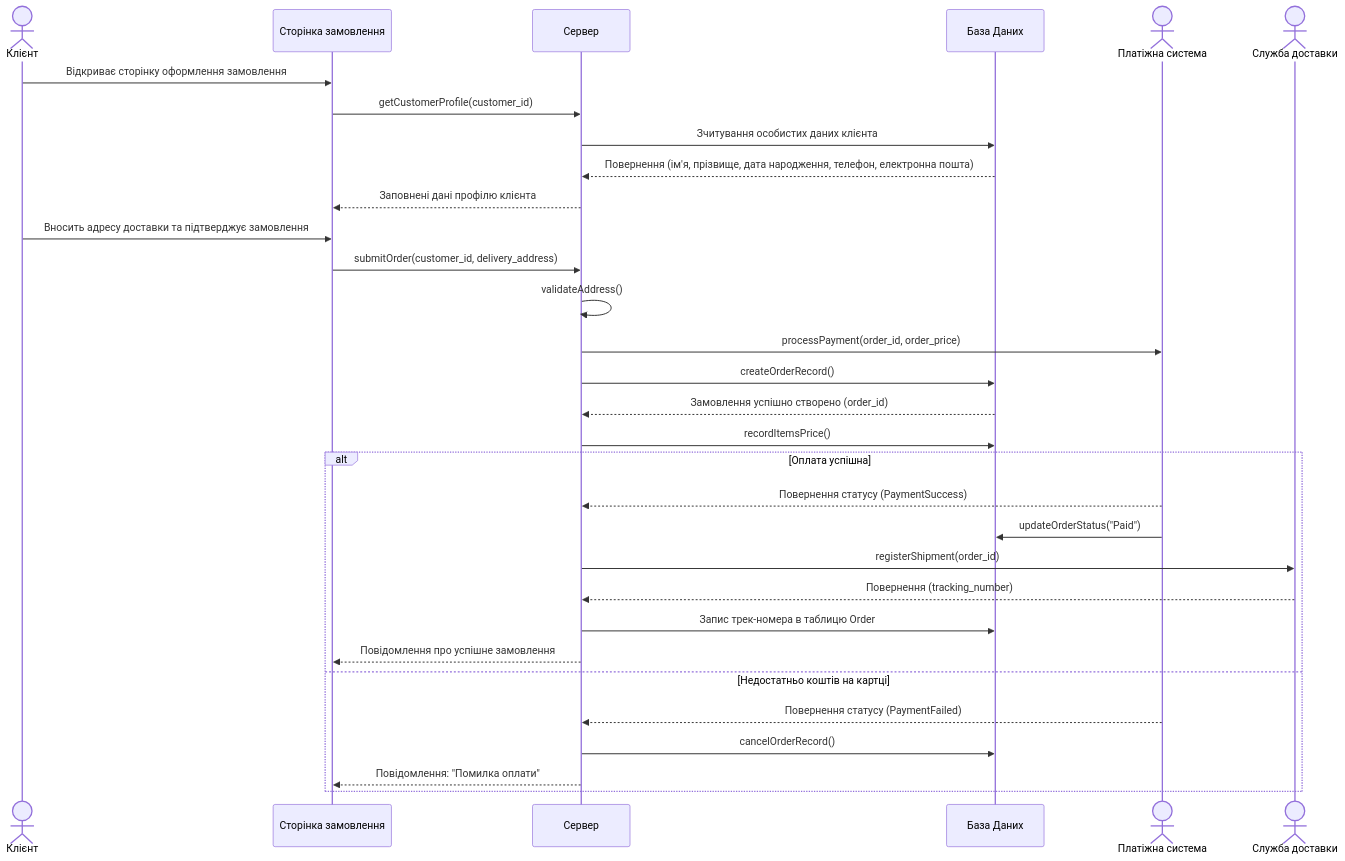
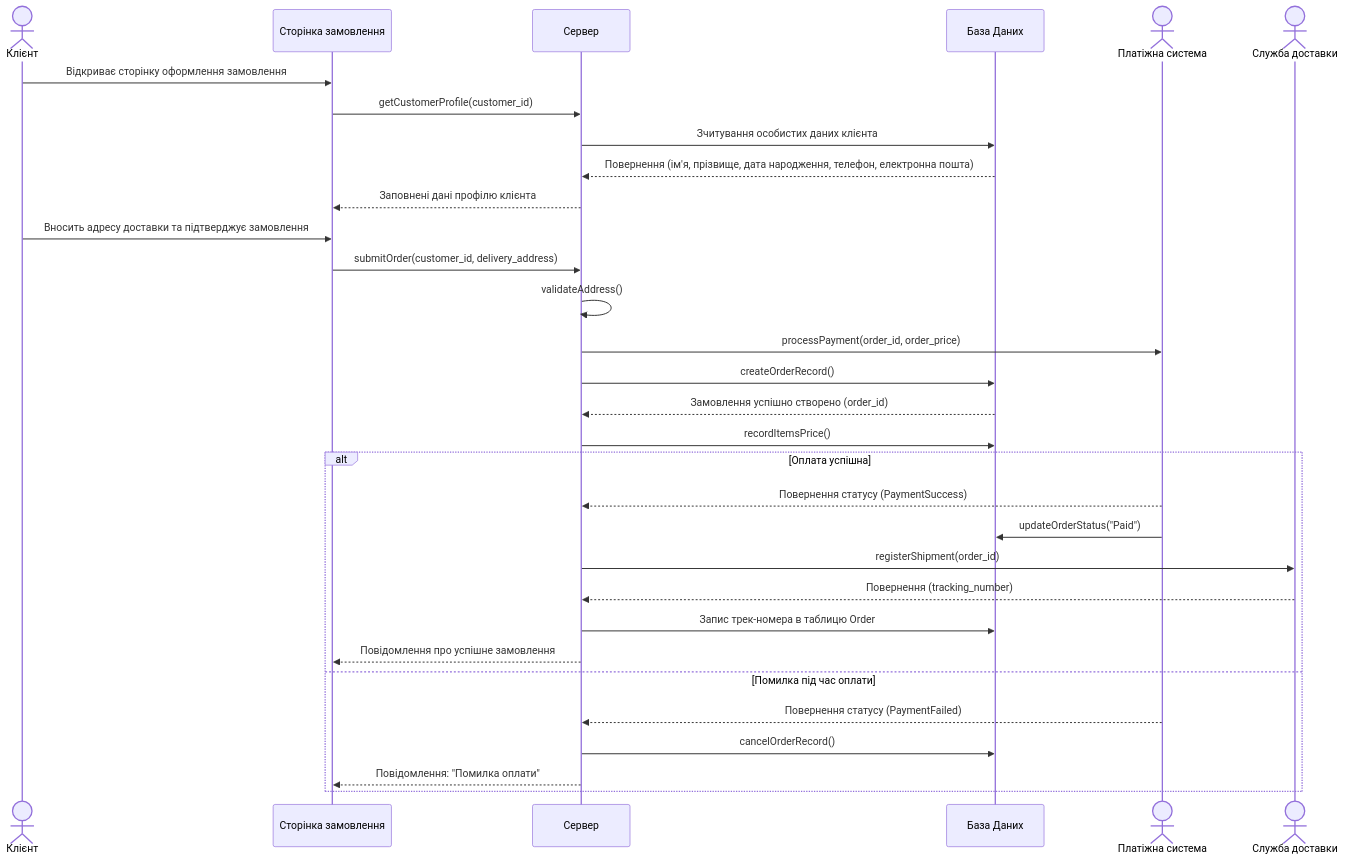
One commit to sofiisunn/KPI changed the diagram in sequence.md. Above: the diagram before and after it, drawn with Mermaid.

Commit message:
Update error message for payment failure scenario

````diff
--- a/sequence.md
+++ b/sequence.md
@@ -1,40 +1,40 @@
 ```mermaid
 sequenceDiagram
     actor Customer as Клієнт
     participant CheckoutPage as Сторінка замовлення
     participant OrderController as Сервер
     participant Database as База Даних
     actor PaymentService as Платіжна система
     actor DeliveryService as Служба доставки 
 
     Customer->>CheckoutPage: Відкриває сторінку оформлення замовлення
     CheckoutPage->>OrderController: getCustomerProfile(customer_id)
     OrderController->>Database: Зчитування особистих даних клієнта
     Database-->>OrderController: Повернення (ім'я, прізвище, дата народження, телефон, електронна пошта)
     OrderController-->>CheckoutPage: Заповнені дані профілю клієнта
 
     Customer->>CheckoutPage: Вносить адресу доставки та підтверджує замовлення
     CheckoutPage->>OrderController: submitOrder(customer_id, delivery_address)
     
     OrderController->>OrderController: validateAddress()
     OrderController->>PaymentService: processPayment(order_id, order_price)
     
     OrderController->>Database: createOrderRecord()
     Database-->>OrderController: Замовлення успішно створено (order_id)
     OrderController->>Database: recordItemsPrice()
 
     alt Оплата успішна
         PaymentService-->>OrderController: Повернення статусу (PaymentSuccess)
         PaymentService->>Database: updateOrderStatus("Paid")
         
         OrderController->>DeliveryService: registerShipment(order_id)
         DeliveryService-->>OrderController: Повернення (tracking_number)
         OrderController->>Database: Запис трек-номера в таблицю Order
         OrderController-->>CheckoutPage: Повідомлення про успішне замовлення
 
-    else Недостатньо коштів на картці
+    else Помилка під час оплати
         PaymentService-->>OrderController: Повернення статусу (PaymentFailed)
         OrderController->>Database: cancelOrderRecord()
         OrderController-->>CheckoutPage: Повідомлення: "Помилка оплати"
     end
 ```
````
